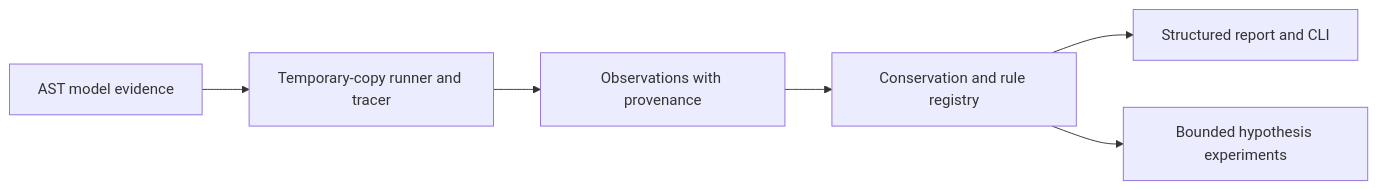
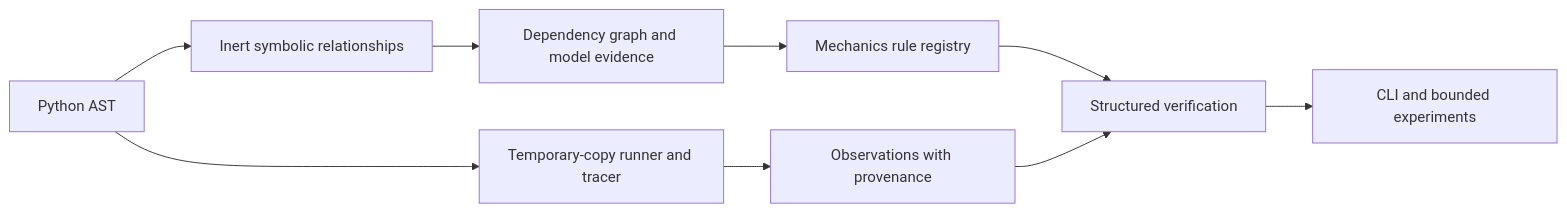
One commit to shivy7777/epsilon-mu changed the diagram in README.md. Above: the diagram before and after it, drawn with Mermaid. The commit also changed other lines of this file and 23 other files, not shown here.

Commit message:
Add deterministic mechanics relationship verification and investigation

````diff
--- a/README.md
+++ b/README.md
@@ -55,8 +58,11 @@
 ```mermaid
 flowchart LR
-  A[AST model evidence] --> B[Temporary-copy runner and tracer]
-  B --> C[Observations with provenance]
-  C --> D[Conservation and rule registry]
-  D --> E[Structured report and CLI]
-  D --> F[Bounded hypothesis experiments]
+  A[Python AST] --> B[Inert symbolic relationships]
+  B --> C[Dependency graph and model evidence]
+  C --> D[Mechanics rule registry]
+  A --> E[Temporary-copy runner and tracer]
+  E --> F[Observations with provenance]
+  D --> G[Structured verification]
+  F --> G
+  G --> H[CLI and bounded experiments]
 ```
````
